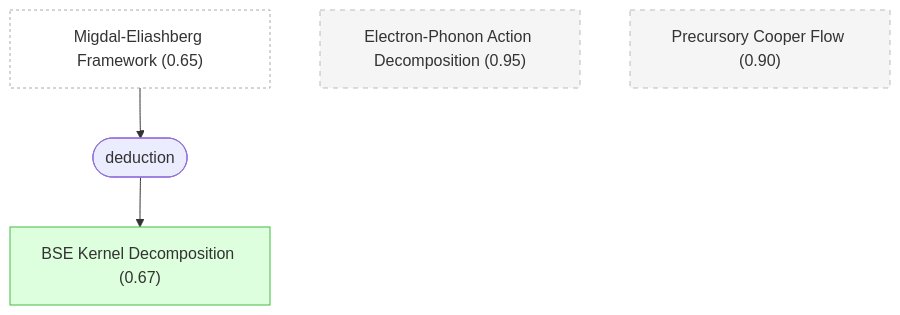
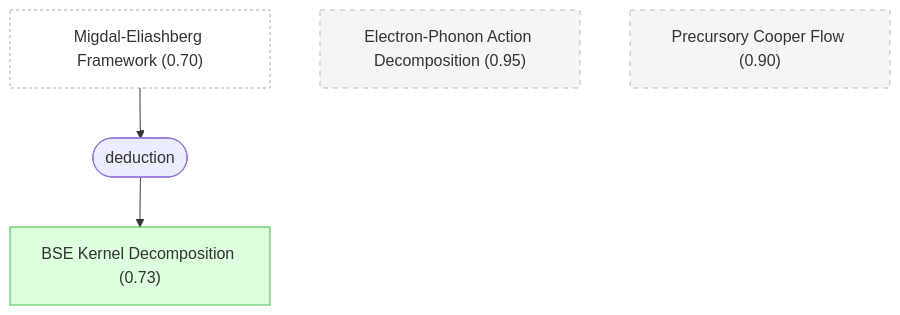
The second of 6 diagrams in README.md (kunyuan/SuperconductivityElectronLiquids.gaia), drawn with Mermaid before and after one commit. The commit also changed other lines of this file, not shown here.

````diff
--- a/README.md
+++ b/README.md
@@ -195,20 +195,20 @@
 ```mermaid
 graph TD
-    me_framework["Migdal-Eliashberg Framework (0.65)"]:::external
+    me_framework["Migdal-Eliashberg Framework (0.70)"]:::external
     electron_phonon_action["Electron-Phonon Action Decomposition (0.95)"]:::background
-    bse_kernel_decomposition["BSE Kernel Decomposition (0.67)"]:::derived
+    bse_kernel_decomposition["BSE Kernel Decomposition (0.73)"]:::derived
     precursory_cooper_flow["Precursory Cooper Flow (0.90)"]:::background
     strat_1(["deduction"])
     me_framework --> strat_1
     strat_1 --> bse_kernel_decomposition
 
     classDef setting fill:#f0f0f0,stroke:#999,color:#333
     classDef premise fill:#ddeeff,stroke:#4488bb,color:#333
     classDef derived fill:#ddffdd,stroke:#44bb44,color:#333
     classDef question fill:#fff3dd,stroke:#cc9944,color:#333
     classDef background fill:#f5f5f5,stroke:#bbb,stroke-dasharray: 5 5,color:#333
     classDef orphan fill:#fff,stroke:#ccc,stroke-dasharray: 5 5,color:#333
     classDef external fill:#fff,stroke:#aaa,stroke-dasharray: 3 3,color:#333
     classDef weak fill:#fff9c4,stroke:#f9a825,stroke-dasharray: 5 5,color:#333
     classDef contra fill:#ffebee,stroke:#c62828,color:#333
 ```
````
